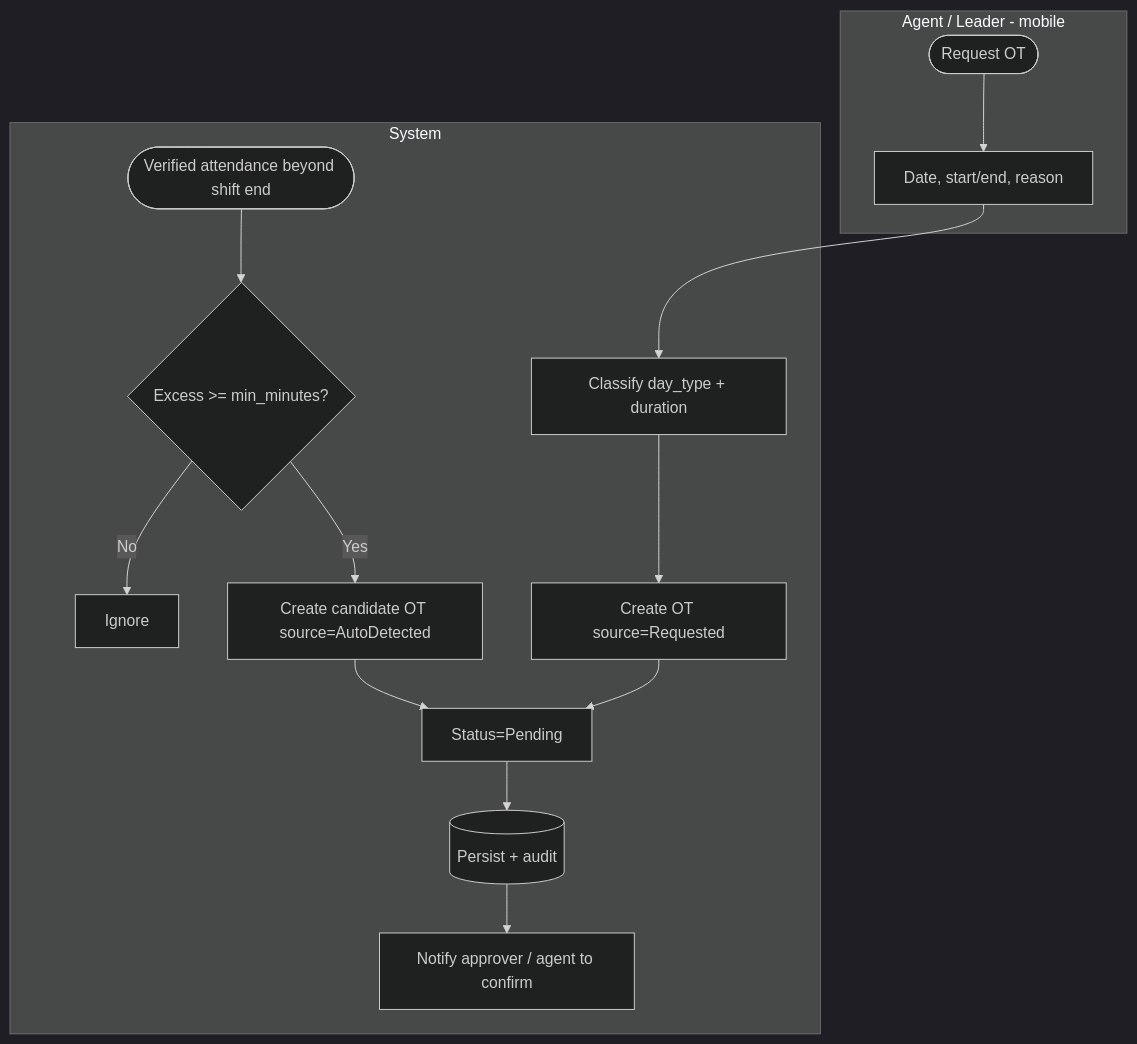
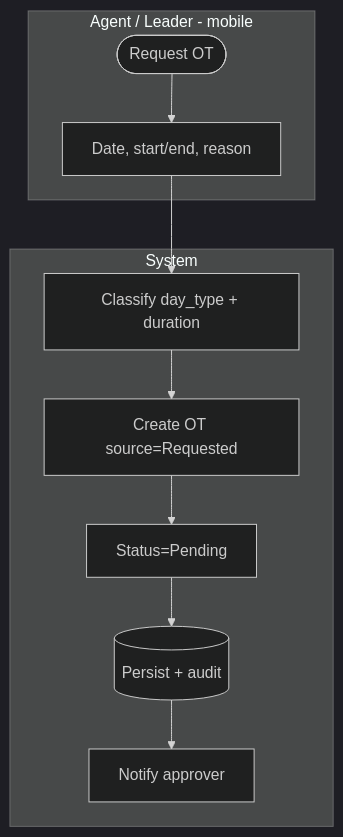
One commit to hariszaki17/hris-outsource changed the third of 5 diagrams in docs/epics/E7-overtime/FEATURE.md. Above: the diagram before and after it, drawn with Mermaid (dark theme). The commit also changed other lines of this file and 106 other files, not shown here.

````diff
--- a/docs/epics/E7-overtime/FEATURE.md
+++ b/docs/epics/E7-overtime/FEATURE.md
@@ -126,17 +127,13 @@
 ```mermaid
 flowchart TD
     subgraph AG[Agent / Leader - mobile]
         B1([Request OT]) --> B2[Date, start/end, reason]
     end
     subgraph SYS[System]
         B2 --> C1[Classify day_type + duration]
-        D1([Verified attendance beyond shift end]) --> D2{Excess >= min_minutes?}
-        D2 -- No --> D3[Ignore]
-        D2 -- Yes --> D4[Create candidate OT source=AutoDetected]
         C1 --> C2[Create OT source=Requested]
-        D4 --> C3[Status=Pending]
-        C2 --> C3
+        C2 --> C3[Status=Pending]
         C3 --> C4[(Persist + audit)]
-        C4 --> C5[Notify approver / agent to confirm]
+        C4 --> C5[Notify approver]
     end
 ```
````
